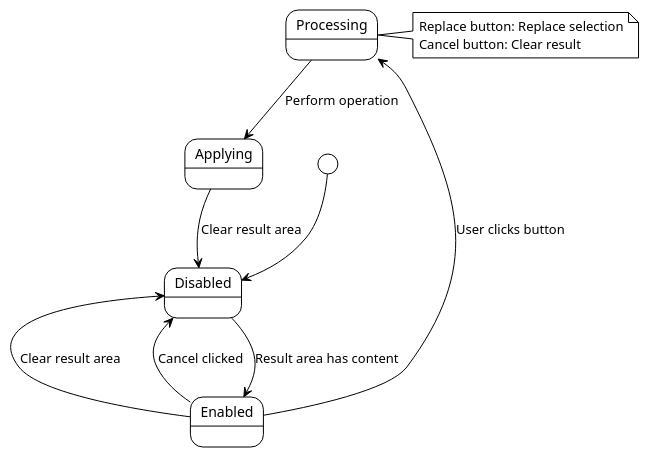
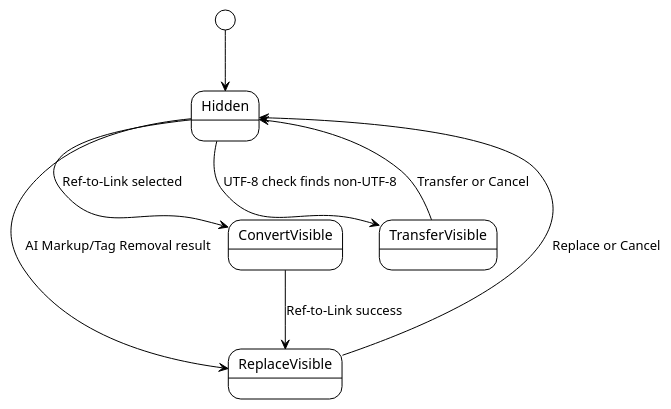
Before and after one commit to happypig/OCR2Markup: diagram 11 of 14 in Models/Gemini2.5/dila-ai-markup-plugin/docs/RUP.MD, drawn with PlantUML. The commit also changed other lines of this file and 9 other files, not shown here.

````diff
--- a/Models/Gemini2.5/dila-ai-markup-plugin/docs/RUP.MD
+++ b/Models/Gemini2.5/dila-ai-markup-plugin/docs/RUP.MD
@@ -1102,22 +1540,16 @@
 ```plantuml
 @startuml
 !theme plain
 
-[*] --> Disabled
+[*] --> Hidden
 
-Disabled --> Enabled: Result area has content
+Hidden --> ReplaceVisible: AI Markup/Tag Removal result
+Hidden --> ConvertVisible: Ref-to-Link selected
+ConvertVisible --> ReplaceVisible: Ref-to-Link success
+Hidden --> TransferVisible: UTF-8 check finds non-UTF-8
 
-Enabled --> Processing: User clicks button
-Processing --> Applying: Perform operation
-Applying --> Disabled: Clear result area
-
-Enabled --> Disabled: Clear result area
-Enabled --> Disabled: Cancel clicked
-
-note right of Processing
-  Replace button: Replace selection
-  Cancel button: Clear result
-end note
+TransferVisible --> Hidden: Transfer or Cancel
+ReplaceVisible --> Hidden: Replace or Cancel
 
 @enduml
 ```
````
